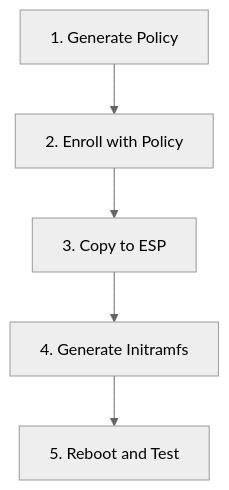
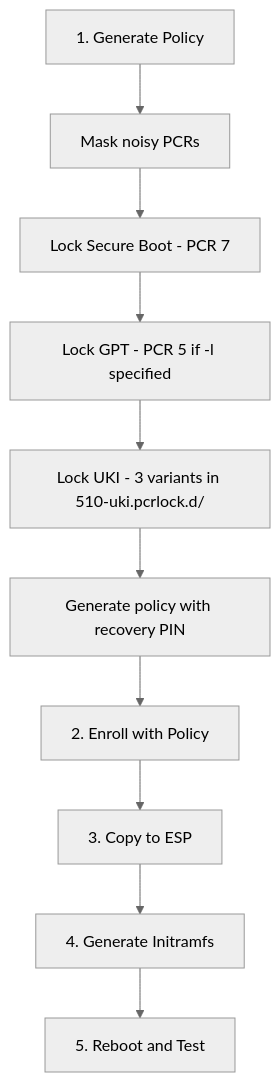
Before and after one commit to zaolin/vanguard: the second of 3 diagrams in docs/tpm2-setup.md, drawn with Mermaid (neutral theme). The commit also changed other lines of this file and 7 other files, not shown here.

````diff
--- a/docs/tpm2-setup.md
+++ b/docs/tpm2-setup.md
@@ -147,7 +174,12 @@
 ```mermaid
 flowchart TD
-    A[1. Generate Policy] --> B[2. Enroll with Policy]
+    A[1. Generate Policy] --> A1[Mask noisy PCRs]
+    A1 --> A2[Lock Secure Boot - PCR 7]
+    A2 --> A3[Lock GPT - PCR 5 if -l specified]
+    A3 --> A4[Lock UKI - 3 variants in 510-uki.pcrlock.d/]
+    A4 --> A5[Generate policy with recovery PIN]
+    A5 --> B[2. Enroll with Policy]
     B --> C[3. Copy to ESP]
     C --> D[4. Generate Initramfs]
     D --> E[5. Reboot and Test]
 ```
````
